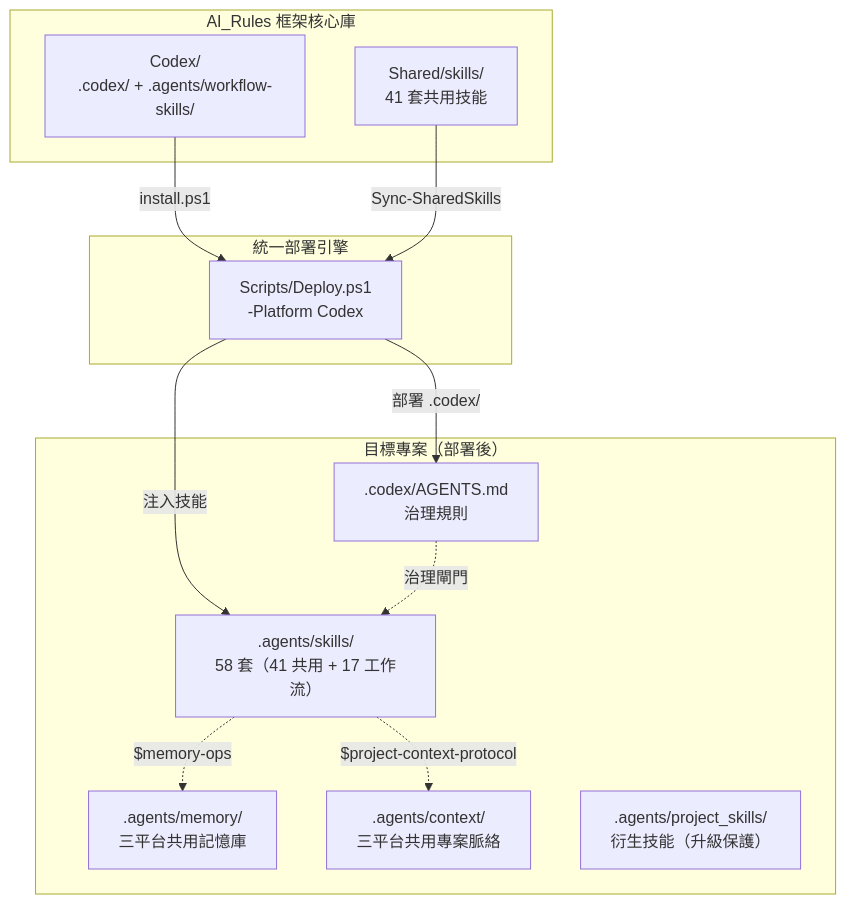
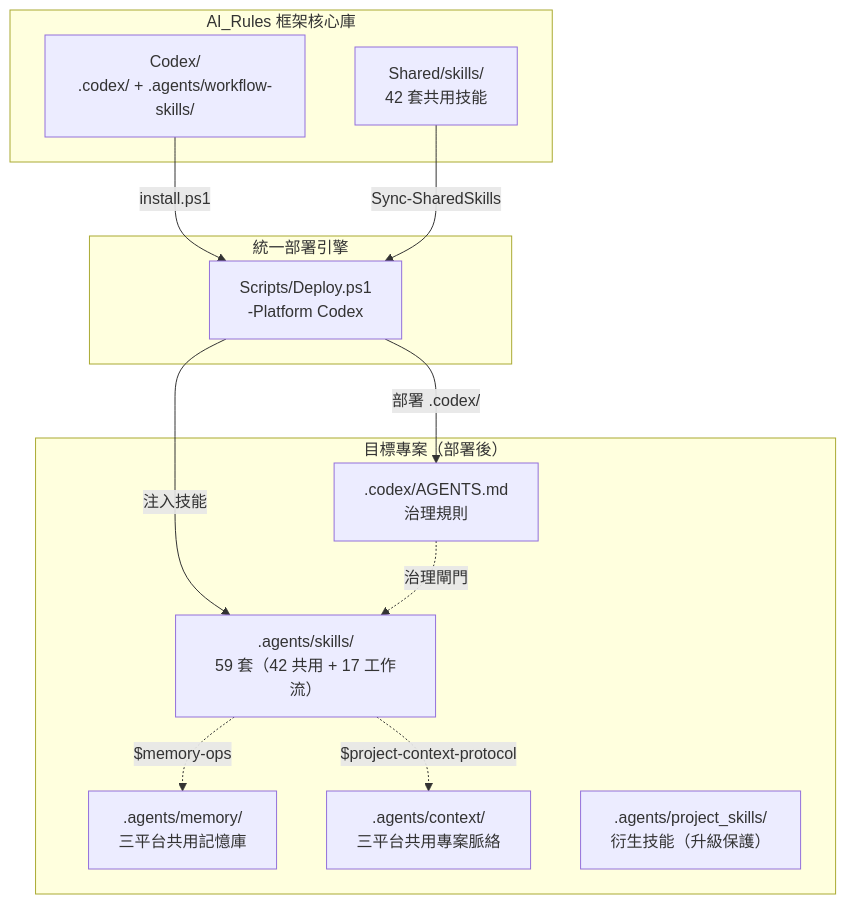
The first of 2 diagrams in Codex/README.md (Kunshao1117/AI_Rules), drawn with Mermaid before and after one commit. The commit also changed other lines of this file and 61 other files, not shown here.

````diff
--- a/Codex/README.md
+++ b/Codex/README.md
@@ -78,27 +78,27 @@
 ```mermaid
 graph TB
     subgraph "AI_Rules 框架核心庫"
         SRC["Codex/<br/>.codex/ + .agents/workflow-skills/"]
-        SH["Shared/skills/<br/>41 套共用技能"]
+        SH["Shared/skills/<br/>42 套共用技能"]
     end
 
     subgraph "統一部署引擎"
         DEPLOY["Scripts/Deploy.ps1<br/>-Platform Codex"]
     end
 
     subgraph "目標專案（部署後）"
         CODEX[".codex/AGENTS.md<br/>治理規則"]
-        SKILLS[".agents/skills/<br/>58 套（41 共用 + 17 工作流）"]
+        SKILLS[".agents/skills/<br/>59 套（42 共用 + 17 工作流）"]
         MEM[".agents/memory/<br/>三平台共用記憶庫"]
         CTX[".agents/context/<br/>三平台共用專案脈絡"]
         PROJ[".agents/project_skills/<br/>衍生技能（升級保護）"]
     end
 
     SRC -->|"install.ps1"| DEPLOY
     SH -->|"Sync-SharedSkills"| DEPLOY
     DEPLOY -->|"部署 .codex/"| CODEX
     DEPLOY -->|"注入技能"| SKILLS
     SKILLS -.->|"$memory-ops"| MEM
     SKILLS -.->|"$project-context-protocol"| CTX
     CODEX -.->|"治理閘門"| SKILLS
 ```
````
